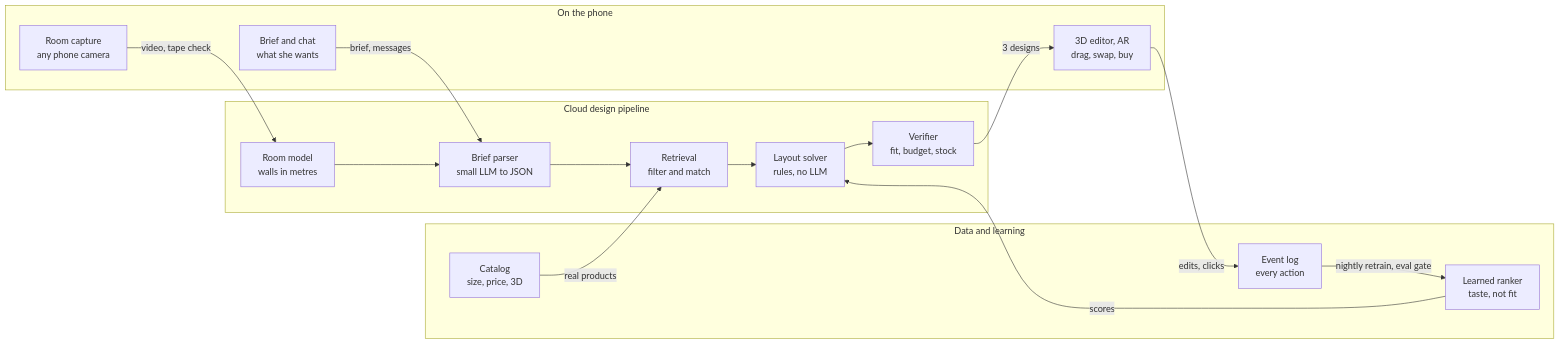
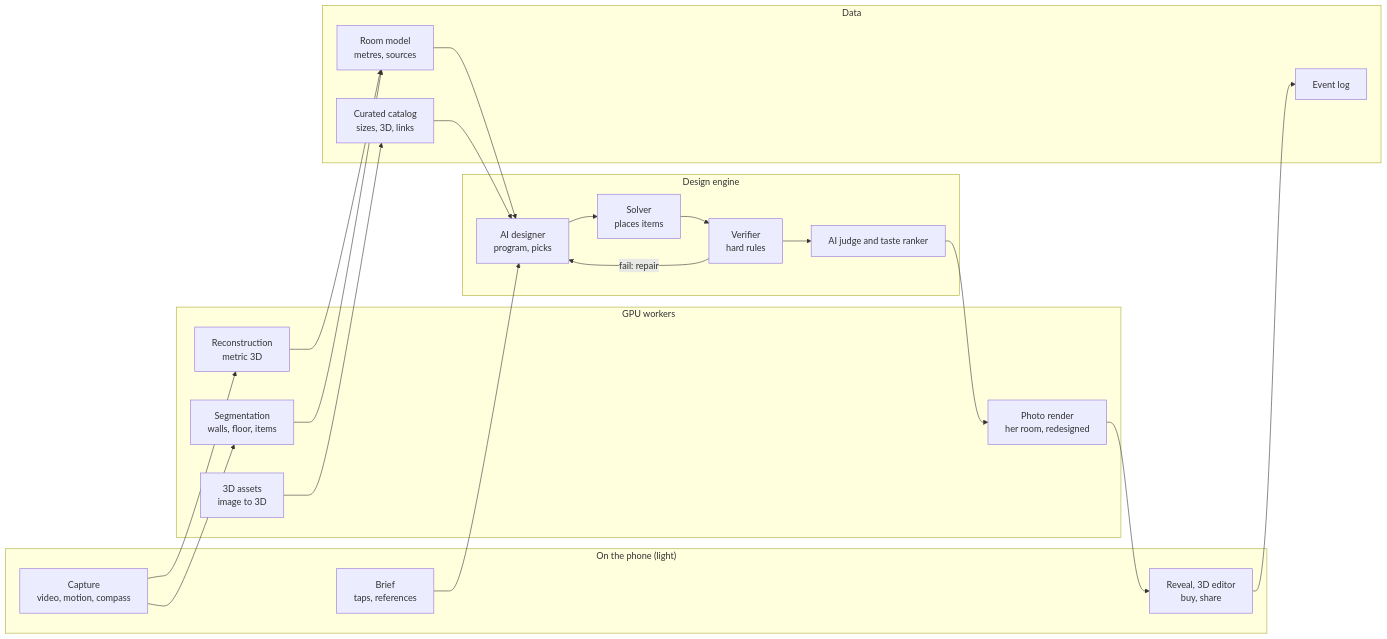
The diagram in docs/05-system-architecture.md (Sahnijatin/sajao), drawn with Mermaid before and after one commit. The commit also changed other lines of this file and 8 other files, not shown here.

Commit message:
Rewrite blueprint: principles, flow, architecture and capture

````diff
--- a/docs/05-system-architecture.md
+++ b/docs/05-system-architecture.md
@@ -5,23 +5,35 @@
 ```mermaid
 flowchart LR
-  subgraph Phone["On the phone"]
-    CAP["Room capture<br/>any phone camera"]
-    BRF["Brief and chat<br/>what she wants"]
-    EDT["3D editor, AR<br/>drag, swap, buy"]
+  subgraph Phone["On the phone (light)"]
+    CAP["Capture<br/>video, motion, compass"]
+    BRF["Brief<br/>taps, references"]
+    UI["Reveal, 3D editor<br/>buy, share"]
   end
-  subgraph Cloud["Cloud design pipeline"]
-    RM["Room model<br/>walls in metres"] --> BP["Brief parser<br/>small LLM to JSON"] --> RT["Retrieval<br/>filter and match"] --> LS["Layout solver<br/>rules, no LLM"] --> VF["Verifier<br/>fit, budget, stock"]
+  subgraph GPU["GPU workers"]
+    REC["Reconstruction<br/>metric 3D"]
+    SEG["Segmentation<br/>walls, floor, items"]
+    REN["Photo render<br/>her room, redesigned"]
+    AST["3D assets<br/>image to 3D"]
   end
-  subgraph Data["Data and learning"]
-    CAT["Catalog<br/>size, price, 3D"]
-    RK["Learned ranker<br/>taste, not fit"]
-    EV["Event log<br/>every action"]
+  subgraph Engine["Design engine"]
+    DES["AI designer<br/>program, picks"]
+    SOL["Solver<br/>places items"]
+    VER["Verifier<br/>hard rules"]
+    JUD["AI judge and taste ranker"]
   end
-  CAP -- "video, tape check" --> RM
-  BRF -- "brief, messages" --> BP
-  VF -- "3 designs" --> EDT
-  CAT -- "real products" --> RT
-  RK -- "scores" --> LS
-  EDT -- "edits, clicks" --> EV
-  EV -- "nightly retrain, eval gate" --> RK
+  subgraph Data["Data"]
+    ROOM["Room model<br/>metres, sources"]
+    CAT["Curated catalog<br/>sizes, 3D, links"]
+    EV["Event log"]
+  end
+  CAP --> REC --> ROOM
+  CAP --> SEG --> ROOM
+  BRF --> DES
+  ROOM --> DES
+  CAT --> DES
+  DES --> SOL --> VER
+  VER -->|"fail: repair"| DES
+  VER --> JUD --> REN --> UI
+  AST --> CAT
+  UI --> EV
 ```
````
